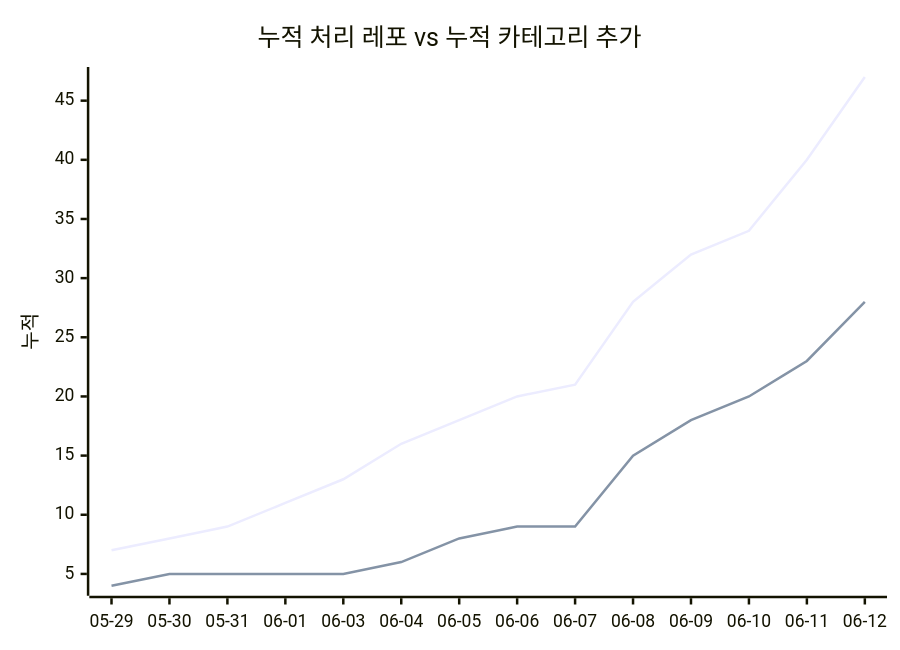
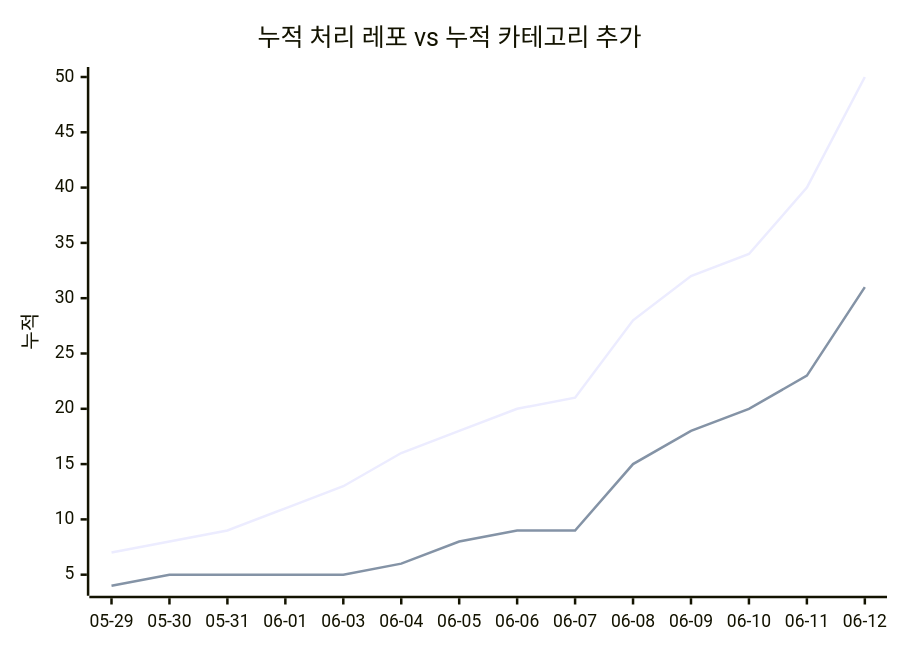
One commit to J-nowcow/awesome-korean-agent-skills changed the second of 2 diagrams in docs/trends.md. Above: the diagram before and after it, drawn with Mermaid. The commit also changed other lines of this file and 6 other files, not shown here.

````diff
--- a/docs/trends.md
+++ b/docs/trends.md
@@ -68,8 +68,8 @@
 ```mermaid
 xychart-beta
     title "누적 처리 레포 vs 누적 카테고리 추가"
     x-axis ["05-29","05-30","05-31","06-01","06-03","06-04","06-05","06-06","06-07","06-08","06-09","06-10","06-11","06-12"]
     y-axis "누적"
-    line [7,8,9,11,13,16,18,20,21,28,32,34,40,47]
-    line [4,5,5,5,5,6,8,9,9,15,18,20,23,28]
+    line [7,8,9,11,13,16,18,20,21,28,32,34,40,50]
+    line [4,5,5,5,5,6,8,9,9,15,18,20,23,31]
 ```
````
